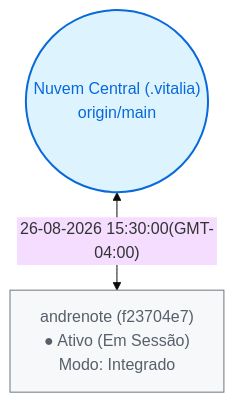
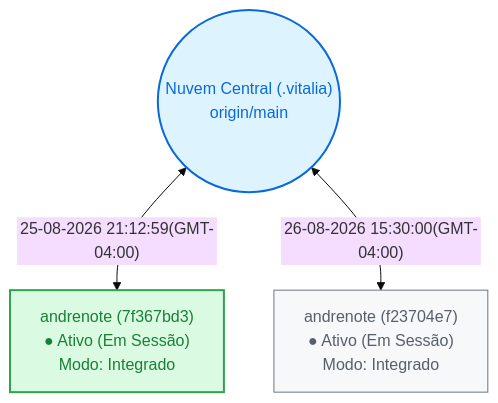
The diagram in README.md (vitalia-platform/agente-local-context), drawn with Mermaid (base theme) before and after one commit. The commit also changed other lines of this file and 8 other files, not shown here.

````diff
--- a/README.md
+++ b/README.md
@@ -20,11 +20,14 @@
 ```mermaid
 flowchart TD
   Cloud(("Nuvem Central (.vitalia)<br/>origin/main"))
+  M_7f367bd3["andrenote (7f367bd3)<br/>● Ativo (Em Sessão)<br/>Modo: Integrado"]
   M_f23704e7["andrenote (f23704e7)<br/>● Ativo (Em Sessão)<br/>Modo: Integrado"]
 
+  Cloud <-->|"25-08-2026 21:12:59(GMT-04:00)"| M_7f367bd3
   Cloud <-->|"26-08-2026 15:30:00(GMT-04:00)"| M_f23704e7
 
   style Cloud stroke:#0969da,stroke-width:2px,fill:#ddf4ff,color:#0969da
+  style M_7f367bd3 stroke:#2ea44f,stroke-width:2px,fill:#dafbe1,color:#1a7f37
   style M_f23704e7 stroke:#6e7781,stroke-width:1px,fill:#f6f8fa,color:#57606a
 
 ```
````
